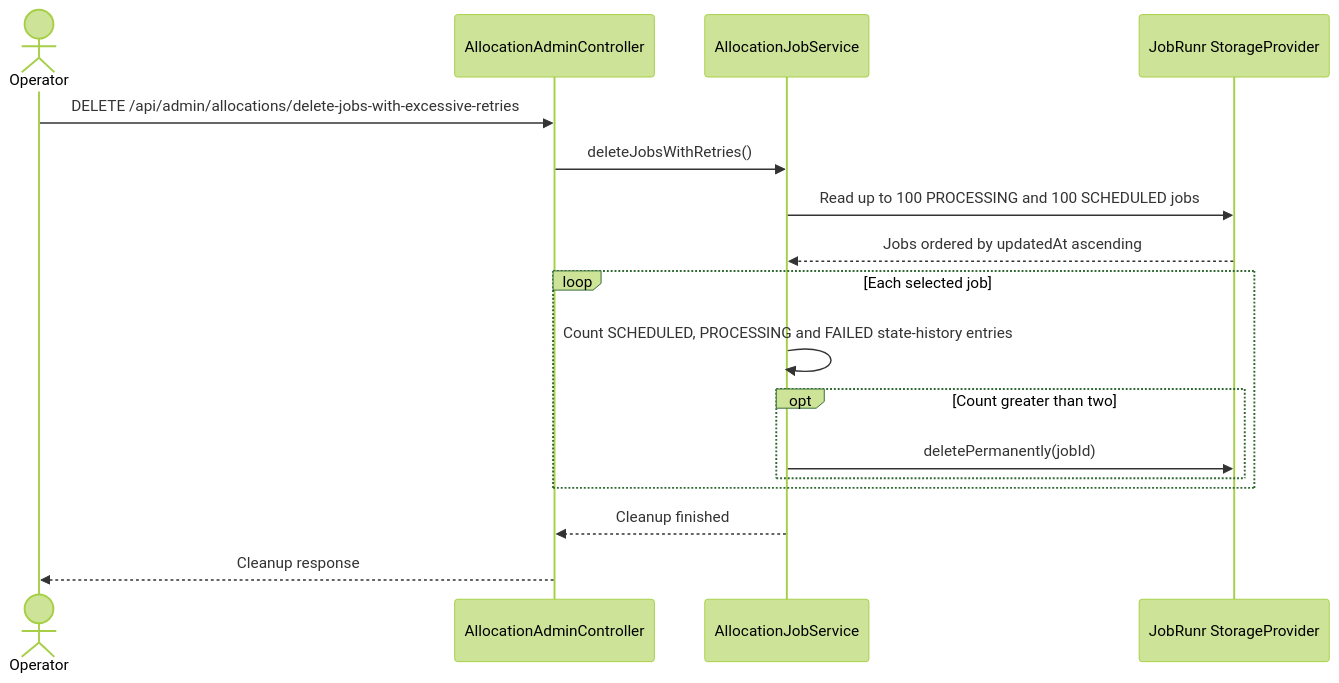
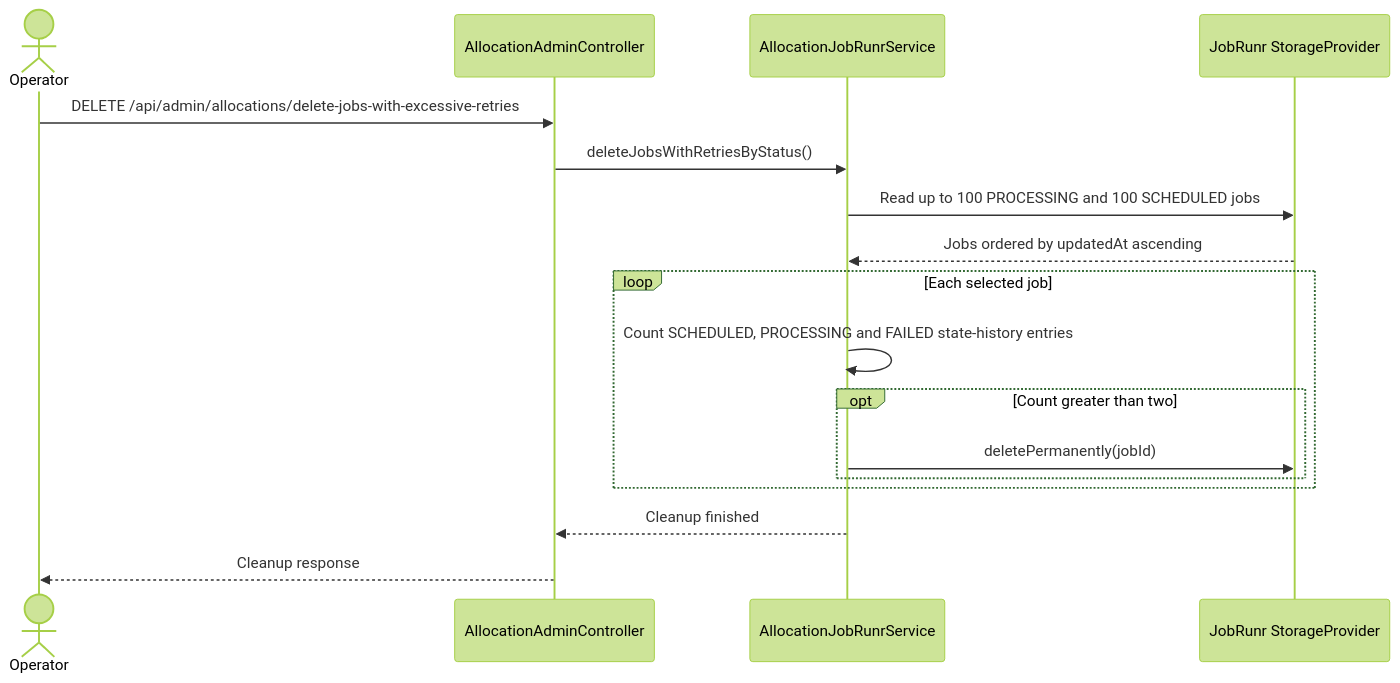
Before and after one commit to vriesjo/stockio: diagram 15 of 15 in .github/memory/architecture.md, drawn with Mermaid (forest theme). The commit also changed other lines of this file and 2 other files, not shown here.

````diff
--- a/.github/memory/architecture.md
+++ b/.github/memory/architecture.md
@@ -1061,20 +1115,20 @@
 ```mermaid
 sequenceDiagram
     actor Operator
     participant Admin as AllocationAdminController
-    participant Jobs as AllocationJobService
+    participant Jobs as AllocationJobRunrService
     participant Storage as JobRunr StorageProvider
 
     Operator->>Admin: DELETE /api/admin/allocations/delete-jobs-with-excessive-retries
-    Admin->>Jobs: deleteJobsWithRetries()
+    Admin->>Jobs: deleteJobsWithRetriesByStatus()
     Jobs->>Storage: Read up to 100 PROCESSING and 100 SCHEDULED jobs
     Storage-->>Jobs: Jobs ordered by updatedAt ascending
     loop Each selected job
         Jobs->>Jobs: Count SCHEDULED, PROCESSING and FAILED state-history entries
         opt Count greater than two
             Jobs->>Storage: deletePermanently(jobId)
         end
     end
     Jobs-->>Admin: Cleanup finished
     Admin-->>Operator: Cleanup response
 ```
````
